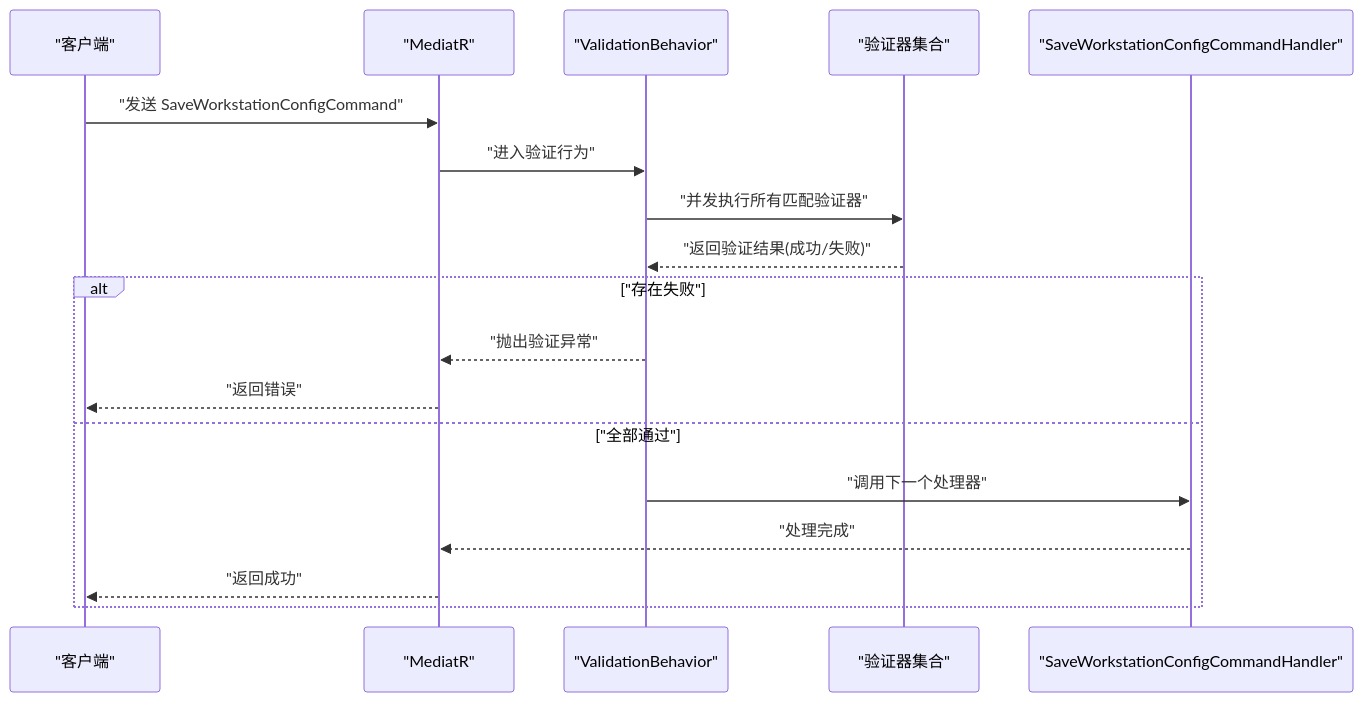
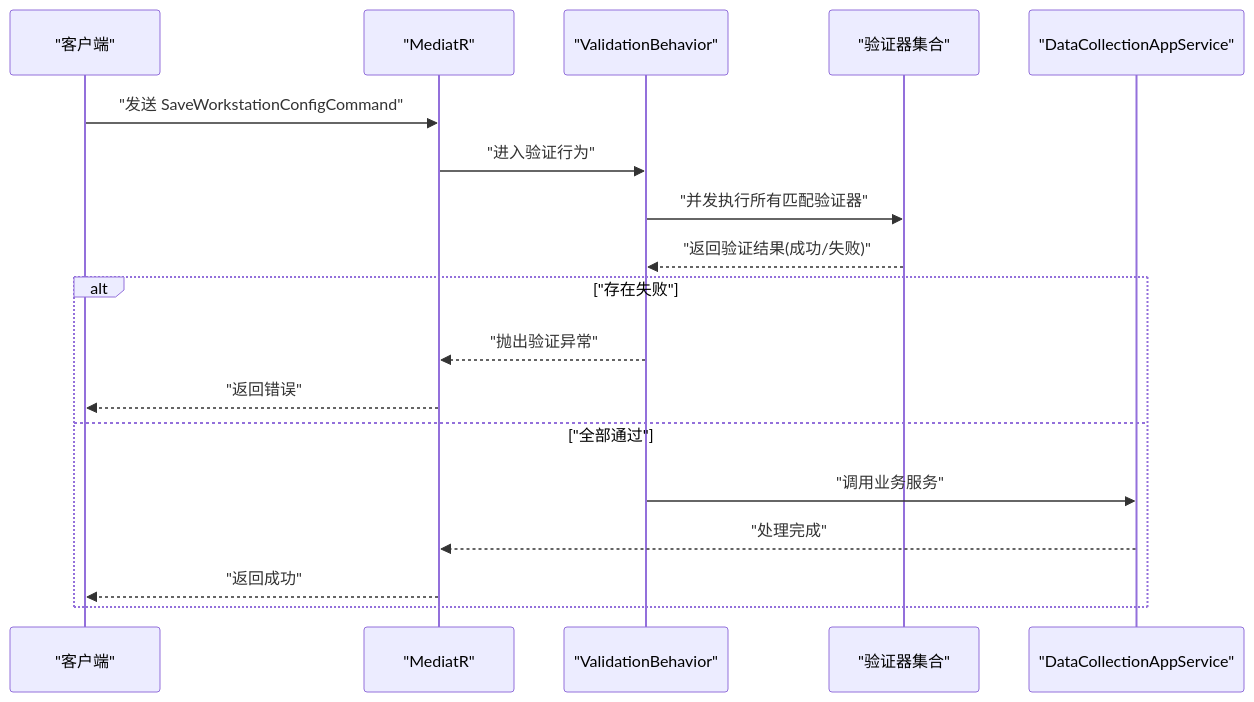
Before and after one commit to whitemousetl/IndustrialDataSolution: the second of 4 diagrams in .qoder/repowiki/zh/content/应用服务层/验证行为.md, drawn with Mermaid. The commit also changed other lines of this file and 13 other files, not shown here.

````diff
--- a/.qoder/repowiki/zh/content/应用服务层/验证行为.md
+++ b/.qoder/repowiki/zh/content/应用服务层/验证行为.md
@@ -107,20 +125,20 @@
 ```mermaid
 sequenceDiagram
 participant Client as "客户端"
 participant Mediator as "MediatR"
 participant Behavior as "ValidationBehavior"
 participant Validators as "验证器集合"
-participant Handler as "SaveWorkstationConfigCommandHandler"
+participant Service as "DataCollectionAppService"
 Client->>Mediator : "发送 SaveWorkstationConfigCommand"
 Mediator->>Behavior : "进入验证行为"
 Behavior->>Validators : "并发执行所有匹配验证器"
 Validators-->>Behavior : "返回验证结果(成功/失败)"
 alt "存在失败"
 Behavior-->>Mediator : "抛出验证异常"
 Mediator-->>Client : "返回错误"
 else "全部通过"
-Behavior->>Handler : "调用下一个处理器"
-Handler-->>Mediator : "处理完成"
+Behavior->>Service : "调用业务服务"
+Service-->>Mediator : "处理完成"
 Mediator-->>Client : "返回成功"
 end
 ```
````
